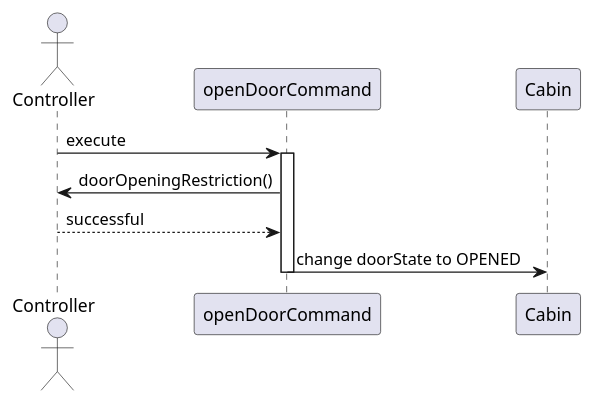
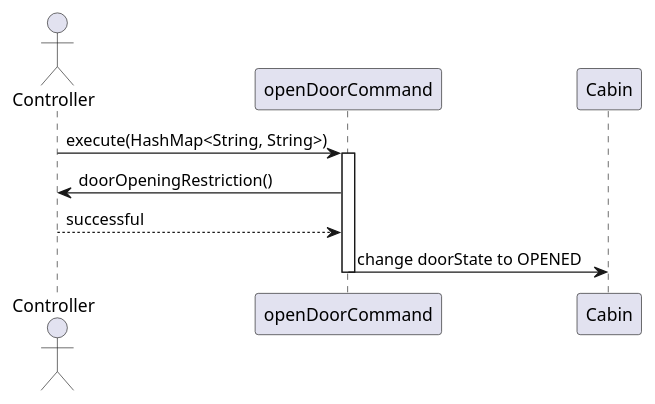
The diagram in src/documentation/command/openDoorCommand.puml (valentynliubchenko/BomElevator), drawn with PlantUML before and after one commit. The commit also changed 3 other files, not shown here.

```diff
--- a/src/documentation/command/openDoorCommand.puml
+++ b/src/documentation/command/openDoorCommand.puml
@@ -1,12 +1,12 @@
 @startuml
 
 actor Controller
 
-Controller -> openDoorCommand: execute
+Controller -> openDoorCommand: execute(HashMap<String, String>)
 activate openDoorCommand
 openDoorCommand -> Controller: doorOpeningRestriction()
 Controller --> openDoorCommand: successful
 openDoorCommand -> Cabin: change doorState to OPENED
 deactivate openDoorCommand
 
 @enduml
```
